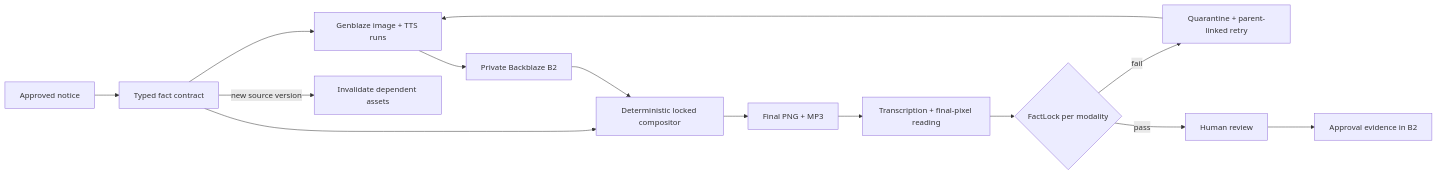
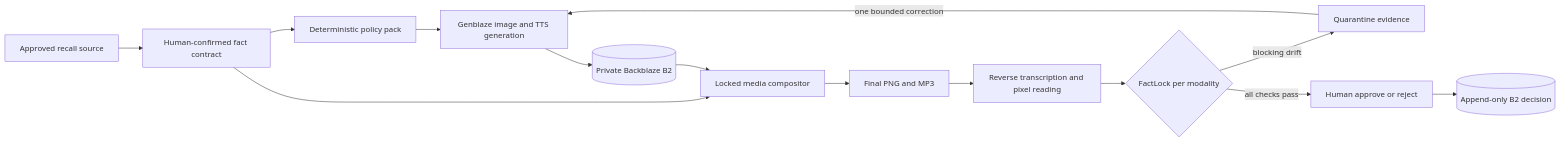
The first of 2 diagrams in README.md (ankitlade12/recallcast), drawn with Mermaid before and after one commit. The commit also changed other lines of this file and 10 other files, not shown here.

````diff
--- a/README.md
+++ b/README.md
@@ -18,16 +98,16 @@
 ```mermaid
 flowchart LR
-    A[Approved notice] --> B[Typed fact contract]
-    B --> C[Genblaze image + TTS runs]
-    C --> D[Private Backblaze B2]
-    B --> E[Deterministic locked compositor]
-    D --> E
-    E --> F[Final PNG + MP3]
-    F --> G[Transcription + final-pixel reading]
-    G --> H{FactLock per modality}
-    H -->|fail| I[Quarantine + parent-linked retry]
-    I --> C
-    H -->|pass| J[Human review]
-    J --> K[Approval evidence in B2]
-    B -->|new source version| L[Invalidate dependent assets]
+    S[Approved recall source] --> C[Human-confirmed fact contract]
+    C --> P[Deterministic policy pack]
+    P --> G[Genblaze image and TTS generation]
+    G --> B[(Private Backblaze B2)]
+    C --> R[Locked media compositor]
+    B --> R
+    R --> M[Final PNG and MP3]
+    M --> O[Reverse transcription and pixel reading]
+    O --> F{FactLock per modality}
+    F -->|blocking drift| Q[Quarantine evidence]
+    Q -->|one bounded correction| G
+    F -->|all checks pass| H[Human approve or reject]
+    H --> D[(Append-only B2 decision)]
 ```
````
